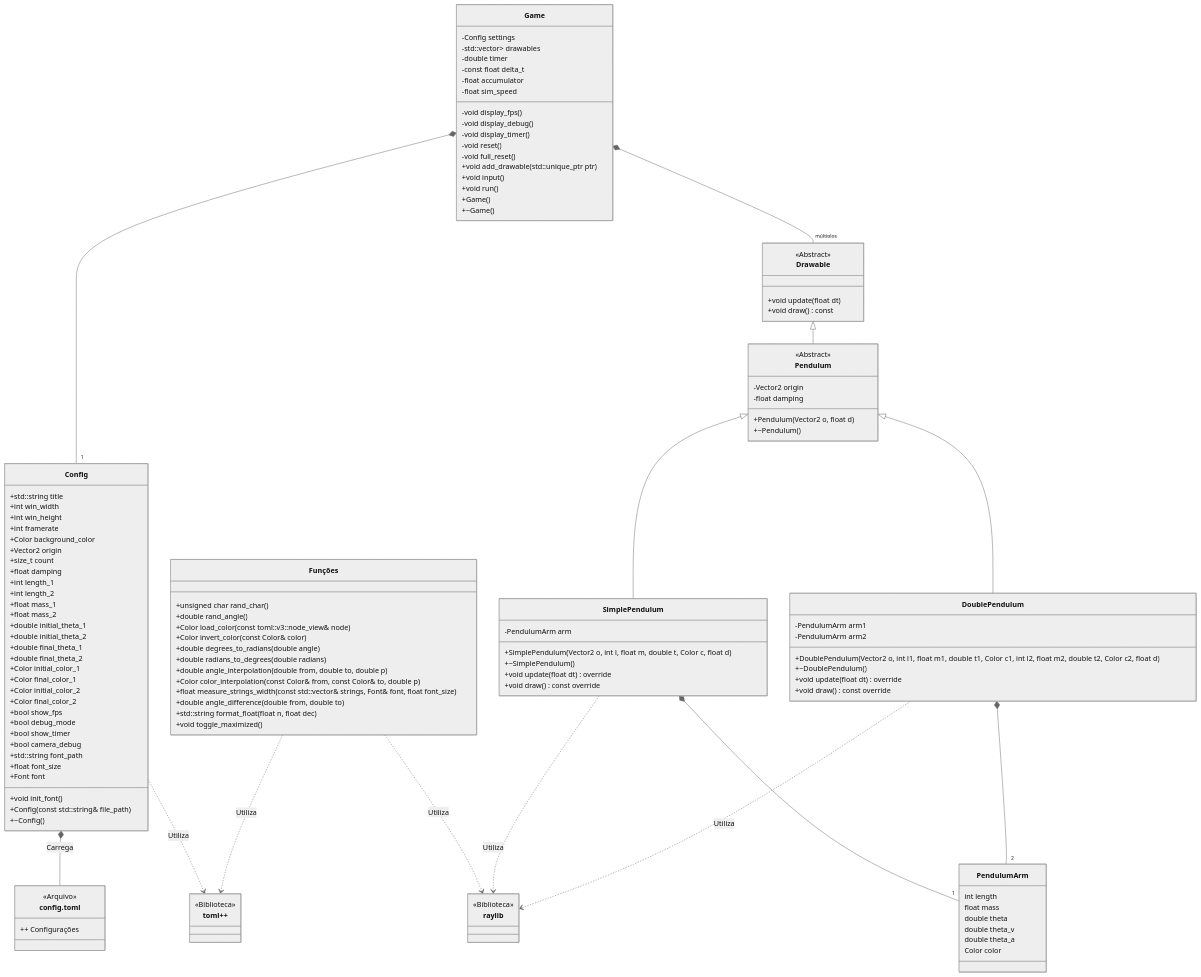
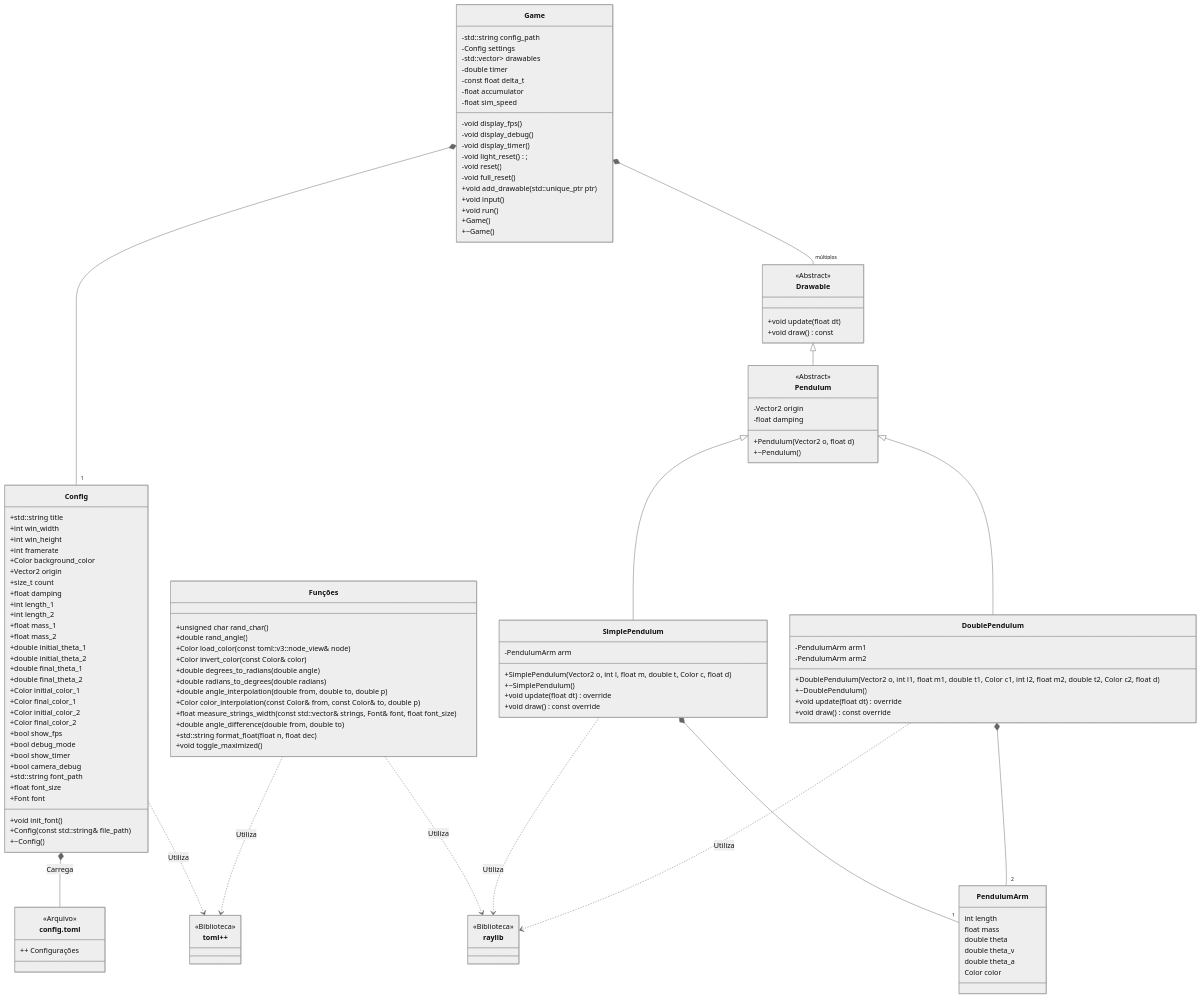
One commit to SamVeras/ChaoticDPends changed the diagram in readme.md. Above: the diagram before and after it, drawn with Mermaid. The commit also changed 2 other files, not shown here.

Commit message:
Config path, expansão dos resets

```diff
--- a/readme.md
+++ b/readme.md
@@ -141,6 +141,7 @@
   }
 
   class Game {
+      -std::string config_path
       -Config settings
       -std::vector<std::unique_ptr<Drawable>> drawables
       -double timer
@@ -150,6 +151,7 @@
       -void display_fps()
       -void display_debug()
       -void display_timer()
+      -void light_reset();
       -void reset()
       -void full_reset()
       +void add_drawable(std::unique_ptr<Drawable> ptr)
```
